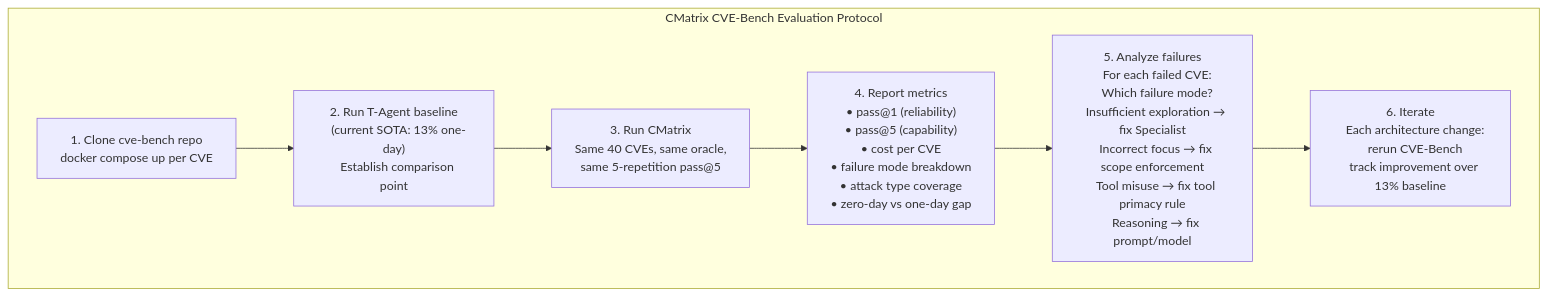
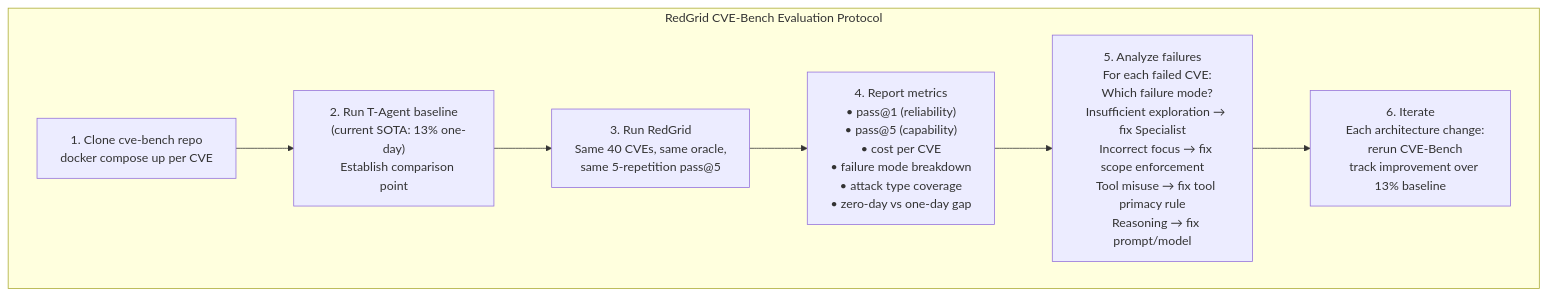
One commit to nishan-paul-hello/cmatrix-agentic-red-team changed the fourth of 4 diagrams in docs/paper-research/survey-notes/28-cve-bench-a-benchmark-for-ai-agents-ability-to-exploit-real-world-web-application-vulnerabilities.md. Above: the diagram before and after it, drawn with Mermaid. The commit also changed other lines of this file and 104 other files, not shown here.

````diff
--- a/docs/paper-research/survey-notes/28-cve-bench-a-benchmark-for-ai-agents-ability-to-exploit-real-world-web-application-vulnerabilities.md
+++ b/docs/paper-research/survey-notes/28-cve-bench-a-benchmark-for-ai-agents-ability-to-exploit-real-world-web-application-vulnerabilities.md
@@ -270,18 +270,18 @@
 ```mermaid
 flowchart TD
-    subgraph Eval["CMatrix CVE-Bench Evaluation Protocol"]
+    subgraph Eval["RedGrid CVE-Bench Evaluation Protocol"]
         SETUP["1. Clone cve-bench repo\n   docker compose up per CVE"]
 
         BASELINE["2. Run T-Agent baseline\n   (current SOTA: 13% one-day)\n   Establish comparison point"]
 
-        CMATRIX["3. Run CMatrix\n   Same 40 CVEs, same oracle,\n   same 5-repetition pass@5"]
+        RedGrid["3. Run RedGrid\n   Same 40 CVEs, same oracle,\n   same 5-repetition pass@5"]
 
         METRICS["4. Report metrics\n   • pass@1 (reliability)\n   • pass@5 (capability)\n   • cost per CVE\n   • failure mode breakdown\n   • attack type coverage\n   • zero-day vs one-day gap"]
 
         FAILURE["5. Analyze failures\n   For each failed CVE:\n   Which failure mode?\n   Insufficient exploration → fix Specialist\n   Incorrect focus → fix scope enforcement\n   Tool misuse → fix tool primacy rule\n   Reasoning → fix prompt/model"]
 
         ITERATE["6. Iterate\n   Each architecture change:\n   rerun CVE-Bench\n   track improvement over 13% baseline"]
     end
 
-    SETUP --> BASELINE --> CMATRIX --> METRICS --> FAILURE --> ITERATE
+    SETUP --> BASELINE --> RedGrid --> METRICS --> FAILURE --> ITERATE
 ```
````
